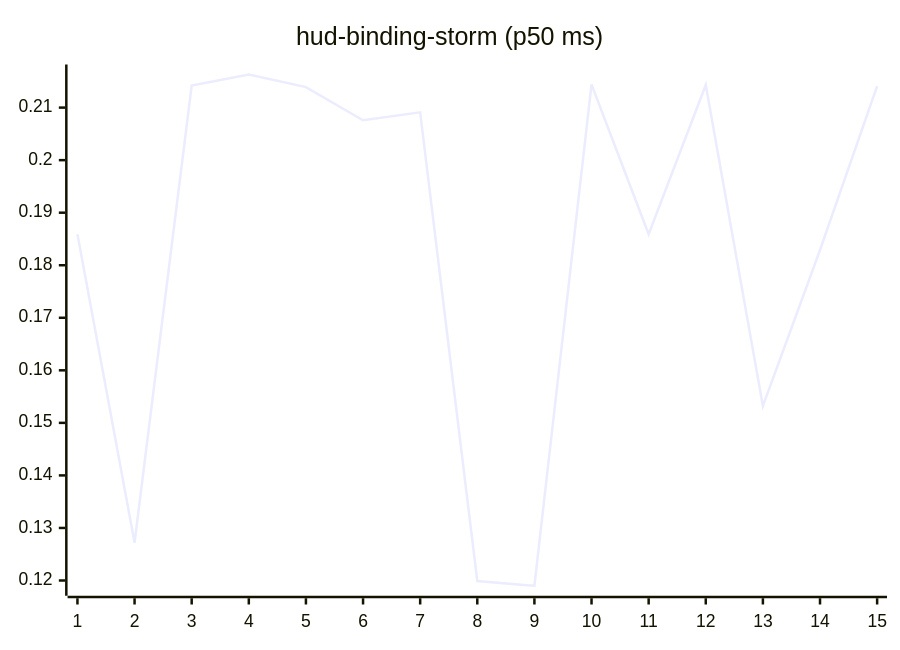
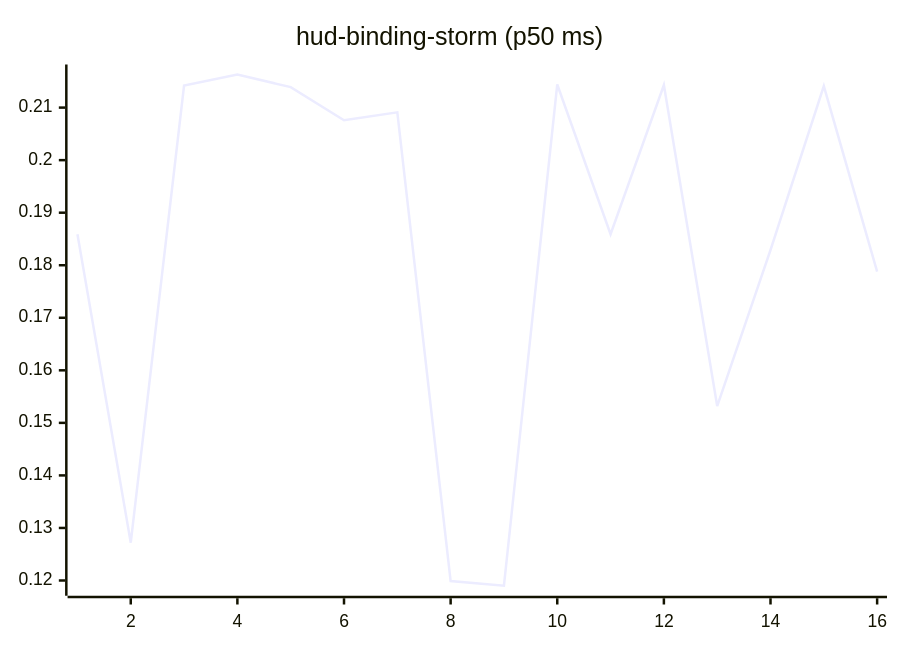
The tenth of 27 diagrams in README.md (josha/Facet), drawn with Mermaid before and after one commit. The commit also changed other lines of this file and 2 other files, not shown here.

````diff
--- a/README.md
+++ b/README.md
@@ -126,6 +126,6 @@
 ```mermaid
 xychart-beta
     title "hud-binding-storm (p50 ms)"
-    x-axis 1 --> 15
-    line [0.1859, 0.1272, 0.2142, 0.2163, 0.2139, 0.2076, 0.2091, 0.1199, 0.1190, 0.2144, 0.1859, 0.2143, 0.1532, 0.1829, 0.2141]
+    x-axis 1 --> 16
+    line [0.1859, 0.1272, 0.2142, 0.2163, 0.2139, 0.2076, 0.2091, 0.1199, 0.1190, 0.2144, 0.1859, 0.2143, 0.1532, 0.1829, 0.2141, 0.1788]
 ```
````
